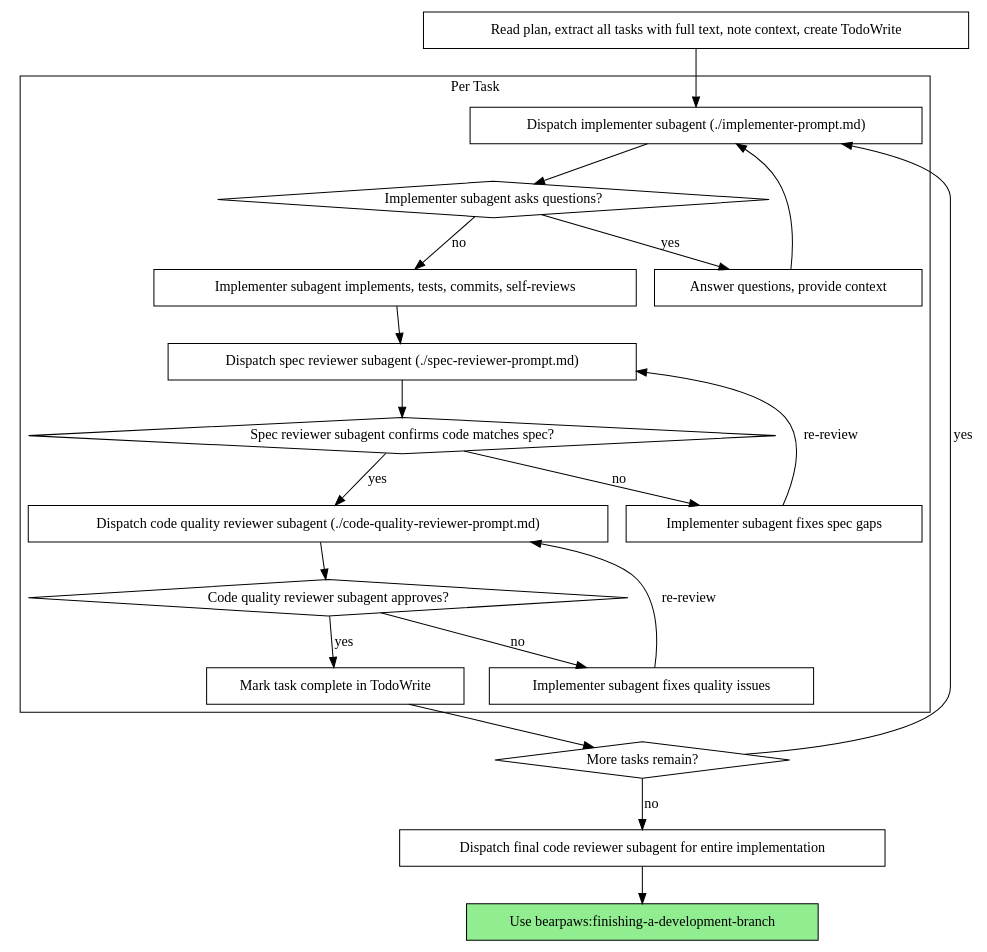
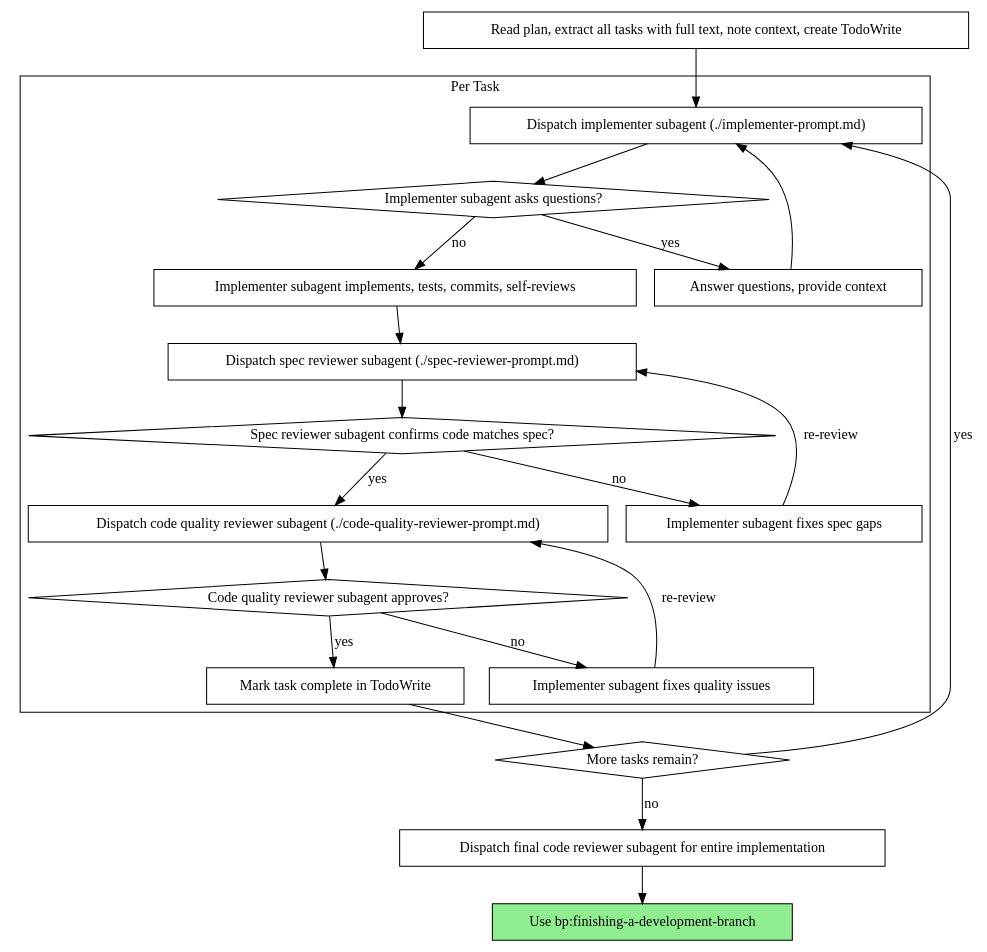
One commit to brandonfla/bearpaws changed the second of 2 diagrams in skills/subagent-driven-development/SKILL.md. Above: the diagram before and after it, drawn with Graphviz. The commit also changed other lines of this file and 23 other files, not shown here.

````diff
--- a/skills/subagent-driven-development/SKILL.md
+++ b/skills/subagent-driven-development/SKILL.md
@@ -42,44 +42,44 @@
 ```dot
 digraph process {
     rankdir=TB;
 
     subgraph cluster_per_task {
         label="Per Task";
         "Dispatch implementer subagent (./implementer-prompt.md)" [shape=box];
         "Implementer subagent asks questions?" [shape=diamond];
         "Answer questions, provide context" [shape=box];
         "Implementer subagent implements, tests, commits, self-reviews" [shape=box];
         "Dispatch spec reviewer subagent (./spec-reviewer-prompt.md)" [shape=box];
         "Spec reviewer subagent confirms code matches spec?" [shape=diamond];
         "Implementer subagent fixes spec gaps" [shape=box];
         "Dispatch code quality reviewer subagent (./code-quality-reviewer-prompt.md)" [shape=box];
         "Code quality reviewer subagent approves?" [shape=diamond];
         "Implementer subagent fixes quality issues" [shape=box];
         "Mark task complete in TodoWrite" [shape=box];
     }
 
     "Read plan, extract all tasks with full text, note context, create TodoWrite" [shape=box];
     "More tasks remain?" [shape=diamond];
     "Dispatch final code reviewer subagent for entire implementation" [shape=box];
-    "Use bearpaws:finishing-a-development-branch" [shape=box style=filled fillcolor=lightgreen];
+    "Use bp:finishing-a-development-branch" [shape=box style=filled fillcolor=lightgreen];
 
     "Read plan, extract all tasks with full text, note context, create TodoWrite" -> "Dispatch implementer subagent (./implementer-prompt.md)";
     "Dispatch implementer subagent (./implementer-prompt.md)" -> "Implementer subagent asks questions?";
     "Implementer subagent asks questions?" -> "Answer questions, provide context" [label="yes"];
     "Answer questions, provide context" -> "Dispatch implementer subagent (./implementer-prompt.md)";
     "Implementer subagent asks questions?" -> "Implementer subagent implements, tests, commits, self-reviews" [label="no"];
     "Implementer subagent implements, tests, commits, self-reviews" -> "Dispatch spec reviewer subagent (./spec-reviewer-prompt.md)";
     "Dispatch spec reviewer subagent (./spec-reviewer-prompt.md)" -> "Spec reviewer subagent confirms code matches spec?";
     "Spec reviewer subagent confirms code matches spec?" -> "Implementer subagent fixes spec gaps" [label="no"];
     "Implementer subagent fixes spec gaps" -> "Dispatch spec reviewer subagent (./spec-reviewer-prompt.md)" [label="re-review"];
     "Spec reviewer subagent confirms code matches spec?" -> "Dispatch code quality reviewer subagent (./code-quality-reviewer-prompt.md)" [label="yes"];
     "Dispatch code quality reviewer subagent (./code-quality-reviewer-prompt.md)" -> "Code quality reviewer subagent approves?";
     "Code quality reviewer subagent approves?" -> "Implementer subagent fixes quality issues" [label="no"];
     "Implementer subagent fixes quality issues" -> "Dispatch code quality reviewer subagent (./code-quality-reviewer-prompt.md)" [label="re-review"];
     "Code quality reviewer subagent approves?" -> "Mark task complete in TodoWrite" [label="yes"];
     "Mark task complete in TodoWrite" -> "More tasks remain?";
     "More tasks remain?" -> "Dispatch implementer subagent (./implementer-prompt.md)" [label="yes"];
     "More tasks remain?" -> "Dispatch final code reviewer subagent for entire implementation" [label="no"];
-    "Dispatch final code reviewer subagent for entire implementation" -> "Use bearpaws:finishing-a-development-branch";
+    "Dispatch final code reviewer subagent for entire implementation" -> "Use bp:finishing-a-development-branch";
 }
 ```
````
